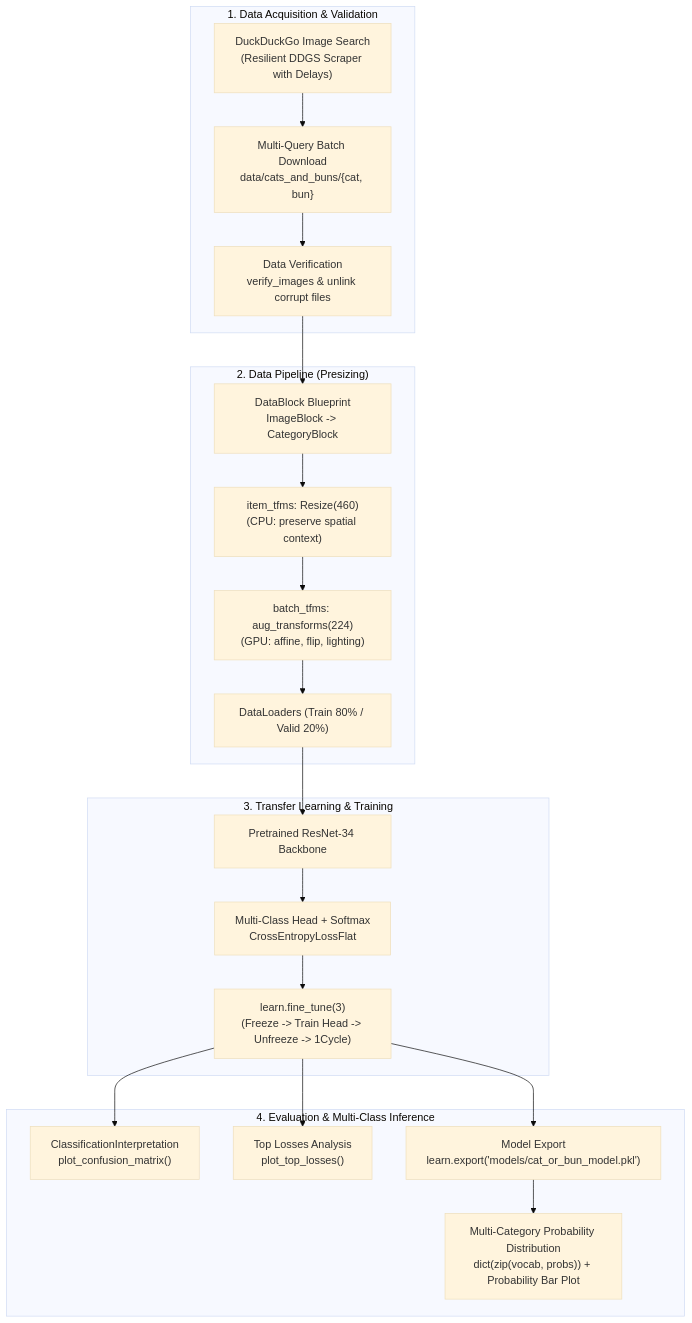
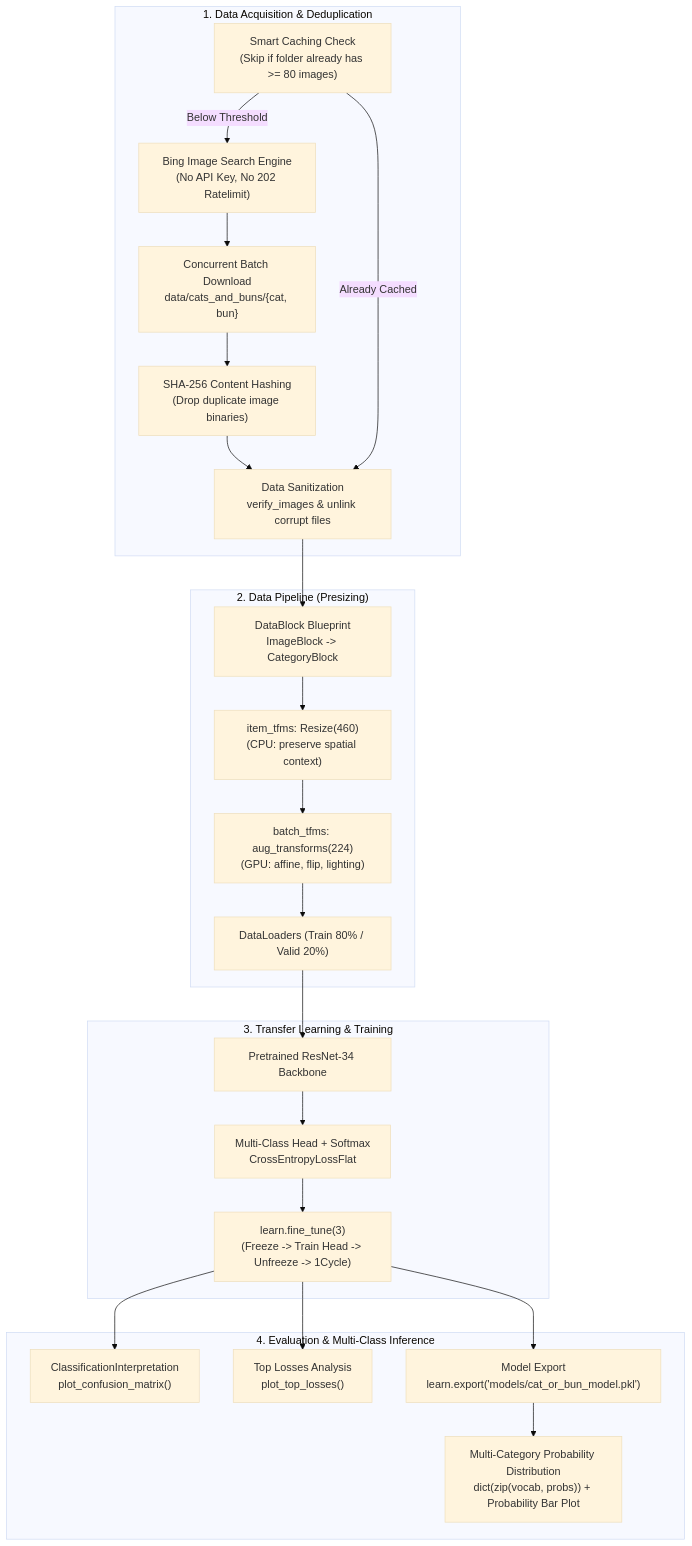
Before and after one commit to postelzhuktetyana/katzen-oder-broetchen: the diagram in DESIGN.md, drawn with Mermaid (base theme). The commit also changed other lines of this file and 5 other files, not shown here.

Commit message:
Image web search and downloading step (Completed)

````diff
--- a/DESIGN.md
+++ b/DESIGN.md
@@ -27,27 +22,30 @@
 ```mermaid
 flowchart TD
-    subgraph Data_Acquisition ["1. Data Acquisition & Validation"]
-        A["DuckDuckGo Image Search<br/>(Resilient DDGS Scraper with Delays)"] --> B["Multi-Query Batch Download<br/>data/cats_and_buns/{cat, bun}"]
-        B --> C["Data Verification<br/>verify_images & unlink corrupt files"]
+    subgraph Data_Acquisition ["1. Data Acquisition & Deduplication"]
+        A["Smart Caching Check<br/>(Skip if folder already has >= 80 images)"] -->|Below Threshold| B["Bing Image Search Engine<br/>(No API Key, No 202 Ratelimit)"]
+        B --> C["Concurrent Batch Download<br/>data/cats_and_buns/{cat, bun}"]
+        C --> D["SHA-256 Content Hashing<br/>(Drop duplicate image binaries)"]
+        D --> E["Data Sanitization<br/>verify_images & unlink corrupt files"]
+        A -->|Already Cached| E
     end
 
     subgraph Data_Pipeline ["2. Data Pipeline (Presizing)"]
-        C --> D["DataBlock Blueprint<br/>ImageBlock -> CategoryBlock"]
-        D --> E["item_tfms: Resize(460)<br/>(CPU: preserve spatial context)"]
-        E --> F["batch_tfms: aug_transforms(224)<br/>(GPU: affine, flip, lighting)"]
-        F --> G["DataLoaders (Train 80% / Valid 20%)"]
+        E --> F["DataBlock Blueprint<br/>ImageBlock -> CategoryBlock"]
+        F --> G["item_tfms: Resize(460)<br/>(CPU: preserve spatial context)"]
+        G --> H["batch_tfms: aug_transforms(224)<br/>(GPU: affine, flip, lighting)"]
+        H --> I["DataLoaders (Train 80% / Valid 20%)"]
     end
 
     subgraph Modeling ["3. Transfer Learning & Training"]
-        G --> H["Pretrained ResNet-34 Backbone"]
-        H --> I["Multi-Class Head + Softmax<br/>CrossEntropyLossFlat"]
-        I --> J["learn.fine_tune(3)<br/>(Freeze -> Train Head -> Unfreeze -> 1Cycle)"]
+        I --> J["Pretrained ResNet-34 Backbone"]
+        J --> K["Multi-Class Head + Softmax<br/>CrossEntropyLossFlat"]
+        K --> L["learn.fine_tune(3)<br/>(Freeze -> Train Head -> Unfreeze -> 1Cycle)"]
     end
 
     subgraph Diagnostics_Export ["4. Evaluation & Multi-Class Inference"]
-        J --> K["ClassificationInterpretation<br/>plot_confusion_matrix()"]
-        J --> L["Top Losses Analysis<br/>plot_top_losses()"]
-        J --> M["Model Export<br/>learn.export('models/cat_or_bun_model.pkl')"]
-        M --> N["Multi-Category Probability Distribution<br/>dict(zip(vocab, probs)) + Probability Bar Plot"]
+        L --> M["ClassificationInterpretation<br/>plot_confusion_matrix()"]
+        L --> N["Top Losses Analysis<br/>plot_top_losses()"]
+        L --> O["Model Export<br/>learn.export('models/cat_or_bun_model.pkl')"]
+        O --> P["Multi-Category Probability Distribution<br/>dict(zip(vocab, probs)) + Probability Bar Plot"]
     end
 ```
````
